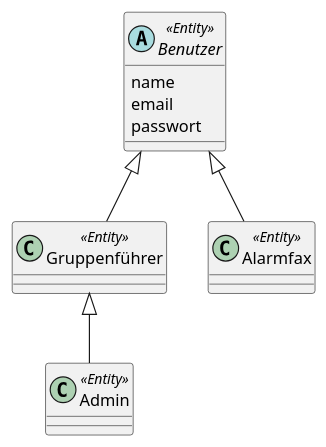
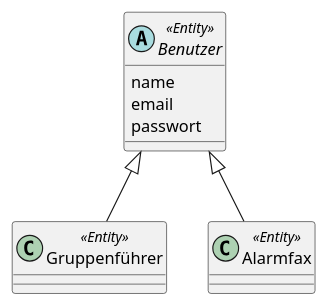
The diagram in docs/01_Requirements/Objects/Entitaeten_Benutzer.plantuml (gampig/feuerwehr-app), drawn with PlantUML before and after one commit. The commit also changed 12 other files, not shown here.

```diff
--- a/docs/01_Requirements/Objects/Entitaeten_Benutzer.plantuml
+++ b/docs/01_Requirements/Objects/Entitaeten_Benutzer.plantuml
@@ -1,16 +1,14 @@
 @startuml
 
 abstract class Benutzer << Entity >> {
     name
     email
     passwort
 }
 class Gruppenführer << Entity >>
-class Admin << Entity >>
 class Alarmfax << Entity >>
 
 Benutzer <|-- Alarmfax
 Benutzer <|-- Gruppenführer
-Gruppenführer <|-- Admin
 
 @enduml
```
